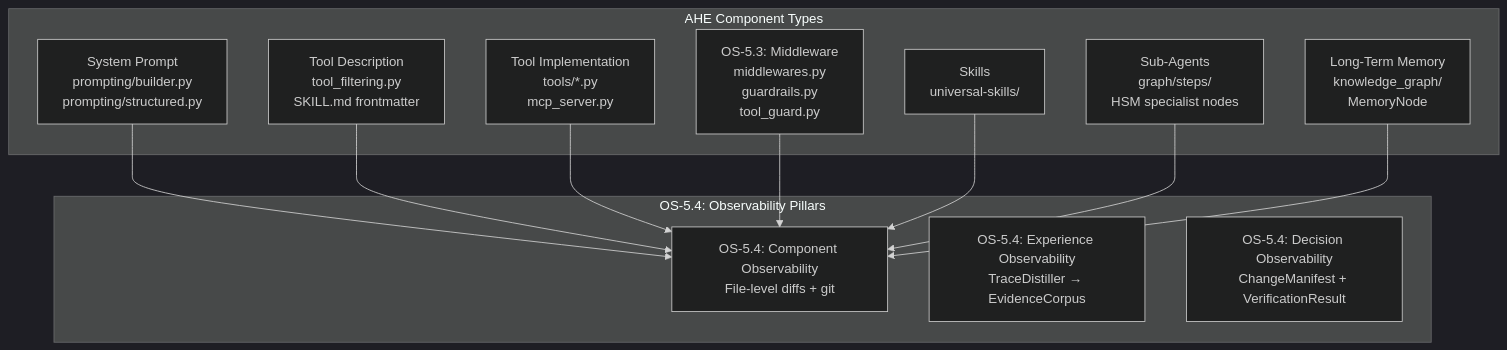
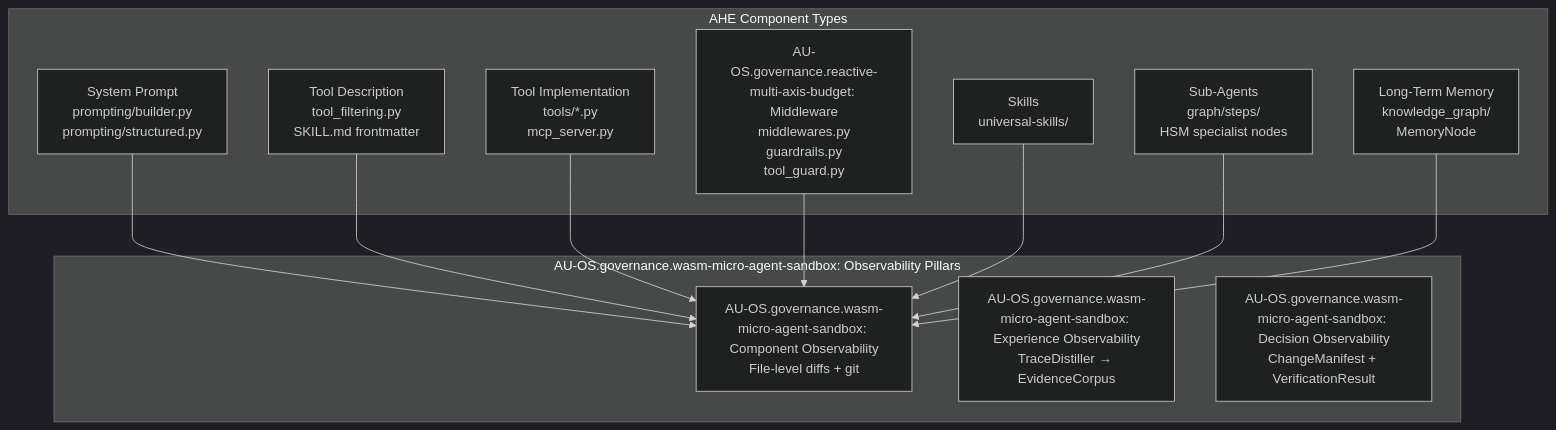
One commit to Knuckles-Team/agent-utilities changed the second of 3 diagrams in docs/guides/AHE_ARCHITECTURE.md. Above: the diagram before and after it, drawn with Mermaid (dark theme). The commit also changed other lines of this file and 2324 other files, not shown here.

First line of the commit message:
OKF-CIS atomic cutover on agent-utilities (AU-OS.governance.okf-cis-standard)

````diff
--- a/docs/guides/AHE_ARCHITECTURE.md
+++ b/docs/guides/AHE_ARCHITECTURE.md
@@ -40,26 +40,26 @@
 ```mermaid
 graph TD
     subgraph "AHE Component Types"
         SP["System Prompt<br>prompting/builder.py<br>prompting/structured.py"]
         TD["Tool Description<br>tool_filtering.py<br>SKILL.md frontmatter"]
         TI["Tool Implementation<br>tools/*.py<br>mcp_server.py"]
-        MW["OS-5.3: Middleware<br>middlewares.py<br>guardrails.py<br>tool_guard.py"]
+        MW["AU-OS.governance.reactive-multi-axis-budget: Middleware<br>middlewares.py<br>guardrails.py<br>tool_guard.py"]
         SK["Skills<br>universal-skills/"]
         SA["Sub-Agents<br>graph/steps/<br>HSM specialist nodes"]
         LM["Long-Term Memory<br>knowledge_graph/<br>MemoryNode"]
     end
 
-    subgraph "OS-5.4: Observability Pillars"
-        CO["OS-5.4: Component Observability<br>File-level diffs + git"]
-        EO["OS-5.4: Experience Observability<br>TraceDistiller → EvidenceCorpus"]
-        DO["OS-5.4: Decision Observability<br>ChangeManifest + VerificationResult"]
+    subgraph "AU-OS.governance.wasm-micro-agent-sandbox: Observability Pillars"
+        CO["AU-OS.governance.wasm-micro-agent-sandbox: Component Observability<br>File-level diffs + git"]
+        EO["AU-OS.governance.wasm-micro-agent-sandbox: Experience Observability<br>TraceDistiller → EvidenceCorpus"]
+        DO["AU-OS.governance.wasm-micro-agent-sandbox: Decision Observability<br>ChangeManifest + VerificationResult"]
     end
 
     SP --> CO
     TD --> CO
     TI --> CO
     MW --> CO
     SK --> CO
     SA --> CO
     LM --> CO
 ```
````
